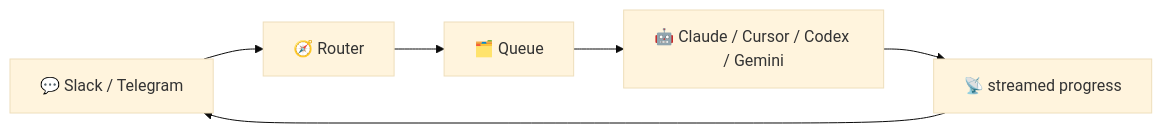
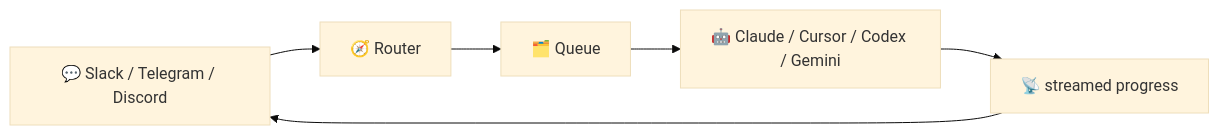
One commit to Capsbharg/agent-connect changed the diagram in README.md. Above: the diagram before and after it, drawn with Mermaid (base theme). The commit also changed other lines of this file and 46 other files, not shown here.

````diff
--- a/README.md
+++ b/README.md
@@ -15,8 +15,8 @@
 ```mermaid
 flowchart LR
-    A["💬 Slack / Telegram"] --> B["🧭 Router"]
+    A["💬 Slack / Telegram / Discord"] --> B["🧭 Router"]
     B --> C["🗂️ Queue"]
     C --> D["🤖 Claude / Cursor / Codex / Gemini"]
     D --> E["📡 streamed progress"]
     E --> A
 ```
````
